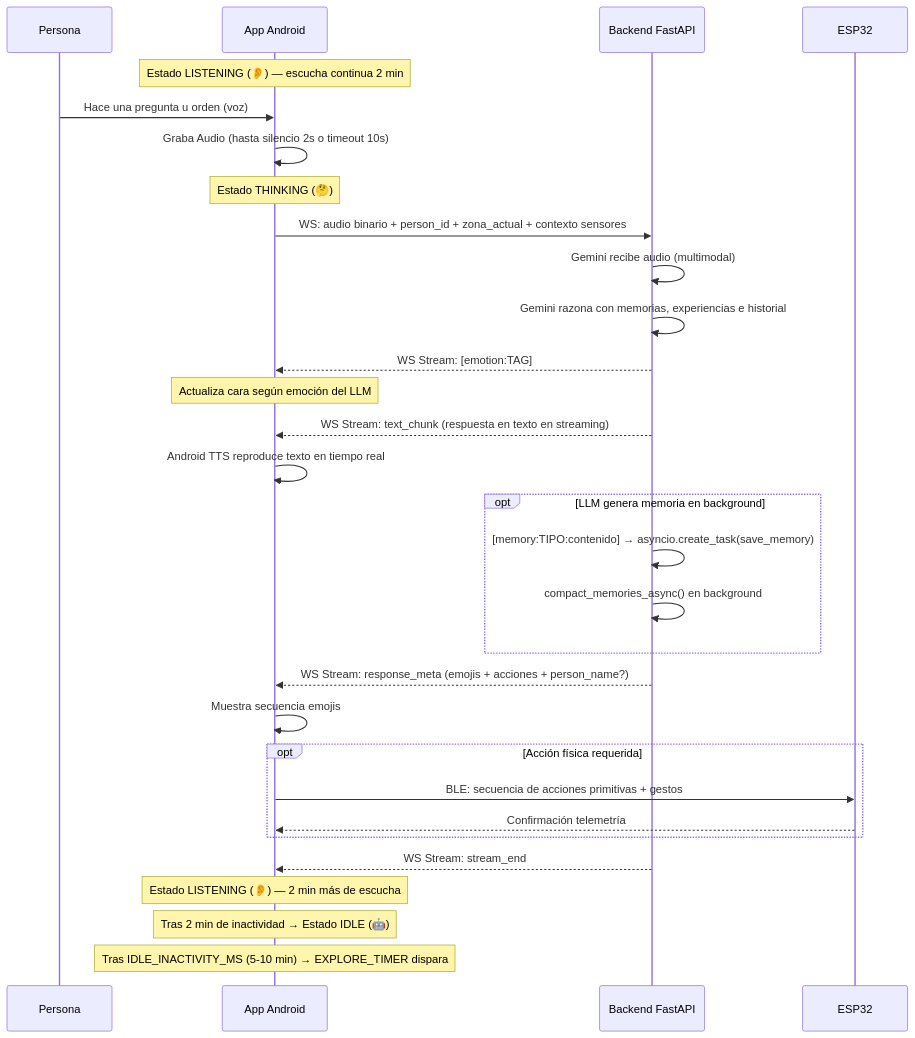
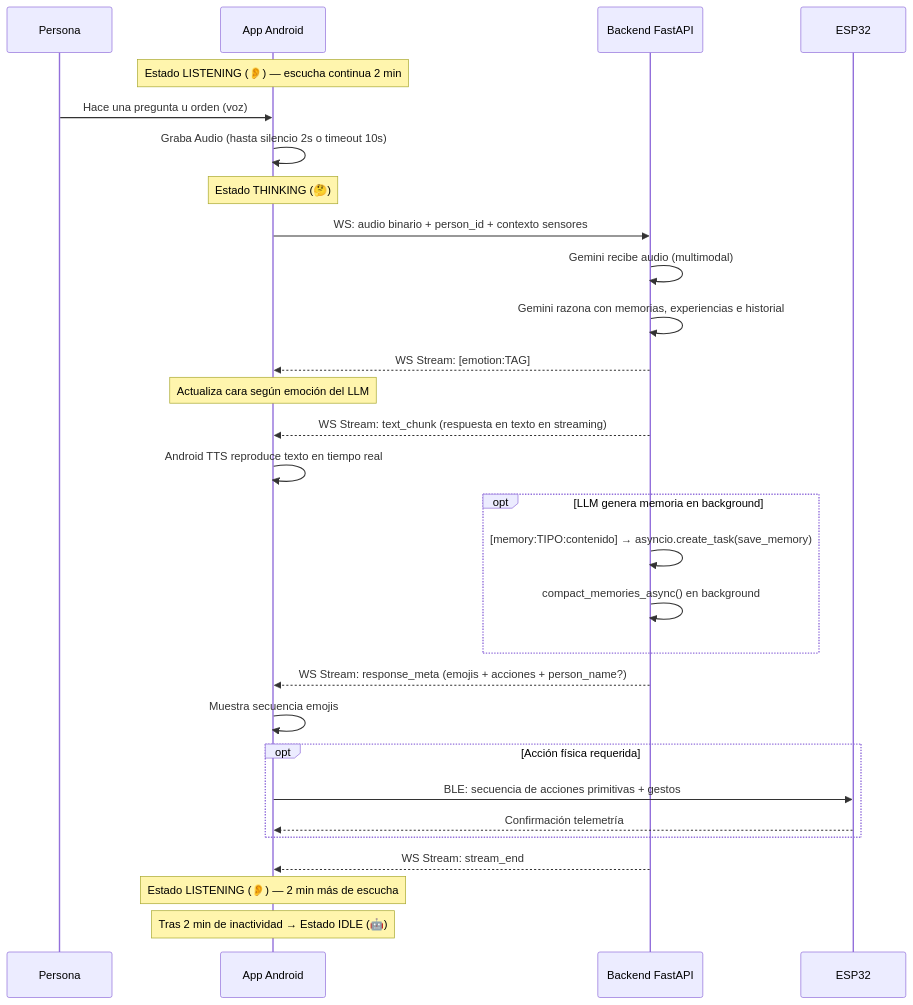
The third of 31 diagrams in architecture/robot_architecture.md (mikeNieto/moji_backend), drawn with Mermaid before and after one commit. The commit also changed other lines of this file and 17 other files, not shown here.

````diff
--- a/architecture/robot_architecture.md
+++ b/architecture/robot_architecture.md
@@ -298,41 +225,40 @@
 ```mermaid
 sequenceDiagram
     participant P as Persona
     participant A as App Android
     participant B as Backend FastAPI
     participant E as ESP32
 
     Note over A: Estado LISTENING (👂) — escucha continua 2 min
 
     P->>A: Hace una pregunta u orden (voz)
     A->>A: Graba Audio (hasta silencio 2s o timeout 10s)
 
     Note over A: Estado THINKING (🤔)
-    A->>B: WS: audio binario + person_id + zona_actual + contexto sensores
+    A->>B: WS: audio binario + person_id + contexto sensores
 
     B->>B: Gemini recibe audio (multimodal)
     B->>B: Gemini razona con memorias, experiencias e historial
     B-->>A: WS Stream: [emotion:TAG]
     Note over A: Actualiza cara según emoción del LLM
 
     B-->>A: WS Stream: text_chunk (respuesta en texto en streaming)
     A->>A: Android TTS reproduce texto en tiempo real
 
     opt LLM genera memoria en background
         B->>B: [memory:TIPO:contenido] → asyncio.create_task(save_memory)
         B->>B: compact_memories_async() en background
     end
 
     B-->>A: WS Stream: response_meta (emojis + acciones + person_name?)
     A->>A: Muestra secuencia emojis
 
     opt Acción física requerida
         A->>E: BLE: secuencia de acciones primitivas + gestos
         E-->>A: Confirmación telemetría
     end
 
     B-->>A: WS Stream: stream_end
     Note over A: Estado LISTENING (👂) — 2 min más de escucha
     Note over A: Tras 2 min de inactividad → Estado IDLE (🤖)
-    Note over A: Tras IDLE_INACTIVITY_MS (5-10 min) → EXPLORE_TIMER dispara
 ```
````
